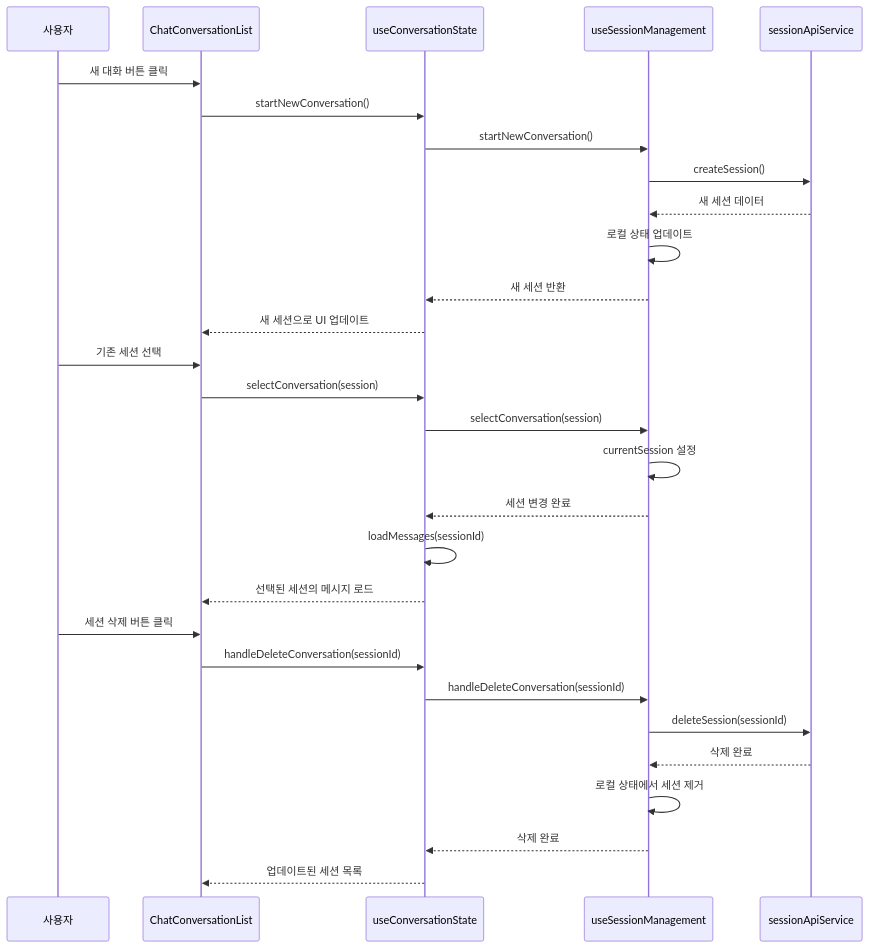
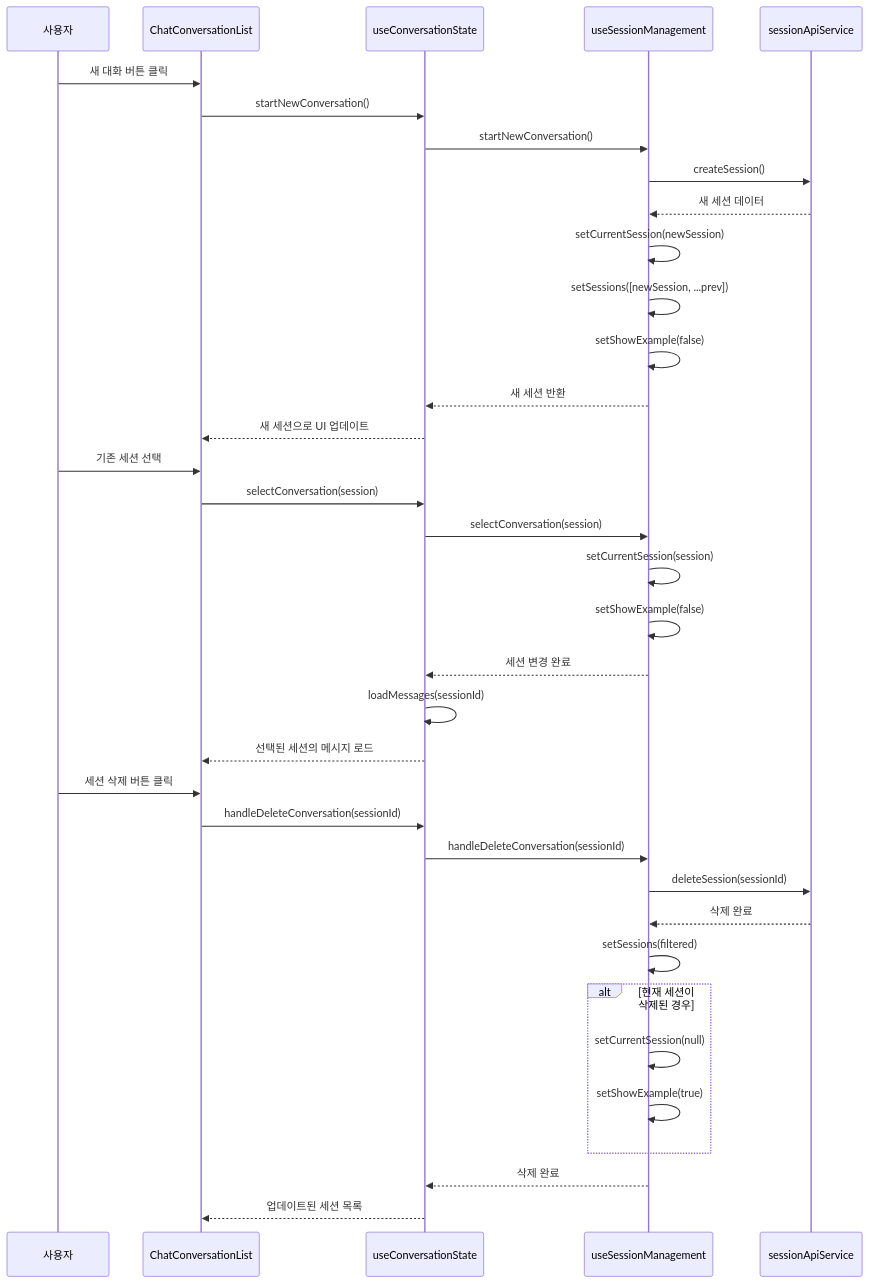
The ninth of 14 diagrams in docs/design-specification.md (p0pular131/askspec-chat-assistant), drawn with Mermaid before and after one commit. The commit also changed other lines of this file and 2 other files, not shown here.

First line of the commit message:
Refactor: Enhance design specification with UML diagrams and data types

````diff
--- a/docs/design-specification.md
+++ b/docs/design-specification.md
@@ -275,34 +411,41 @@
 ```mermaid
 sequenceDiagram
     participant User as 사용자
     participant List as ChatConversationList
     participant State as useConversationState
     participant Session as useSessionManagement
     participant API as sessionApiService
 
     User->>List: 새 대화 버튼 클릭
     List->>State: startNewConversation()
     State->>Session: startNewConversation()
     Session->>API: createSession()
     API-->>Session: 새 세션 데이터
-    Session->>Session: 로컬 상태 업데이트
+    Session->>Session: setCurrentSession(newSession)
+    Session->>Session: setSessions([newSession, ...prev])
+    Session->>Session: setShowExample(false)
     Session-->>State: 새 세션 반환
     State-->>List: 새 세션으로 UI 업데이트
 
     User->>List: 기존 세션 선택
     List->>State: selectConversation(session)
     State->>Session: selectConversation(session)
-    Session->>Session: currentSession 설정
+    Session->>Session: setCurrentSession(session)
+    Session->>Session: setShowExample(false)
     Session-->>State: 세션 변경 완료
     State->>State: loadMessages(sessionId)
     State-->>List: 선택된 세션의 메시지 로드
 
     User->>List: 세션 삭제 버튼 클릭
     List->>State: handleDeleteConversation(sessionId)
     State->>Session: handleDeleteConversation(sessionId)
     Session->>API: deleteSession(sessionId)
     API-->>Session: 삭제 완료
-    Session->>Session: 로컬 상태에서 세션 제거
+    Session->>Session: setSessions(filtered)
+    alt 현재 세션이 삭제된 경우
+        Session->>Session: setCurrentSession(null)
+        Session->>Session: setShowExample(true)
+    end
     Session-->>State: 삭제 완료
     State-->>List: 업데이트된 세션 목록
 ```
````
